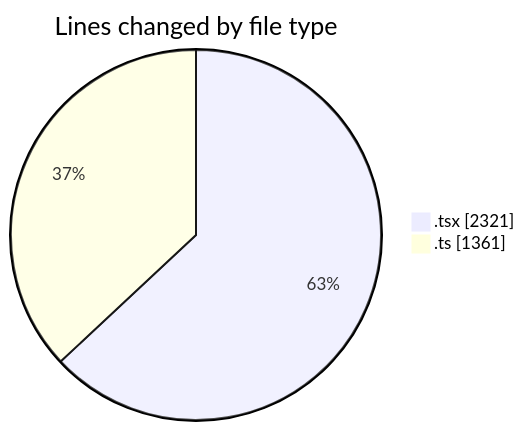
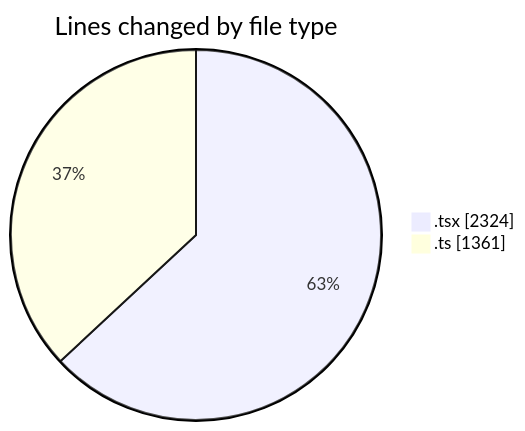
Before and after one commit to nxtqubesakshisongat/code-tracking: the first of 2 diagrams in 2026-03-06/nxtqube_webapp/README.md, drawn with Mermaid. The commit also changed other lines of this file and 1 other file, not shown here.

````diff
--- a/2026-03-06/nxtqube_webapp/README.md
+++ b/2026-03-06/nxtqube_webapp/README.md
@@ -29,6 +29,6 @@
 ```mermaid
 pie showData
 title Lines changed by file type
-".tsx" : 2321
+".tsx" : 2324
 ".ts" : 1361
 ```
````
